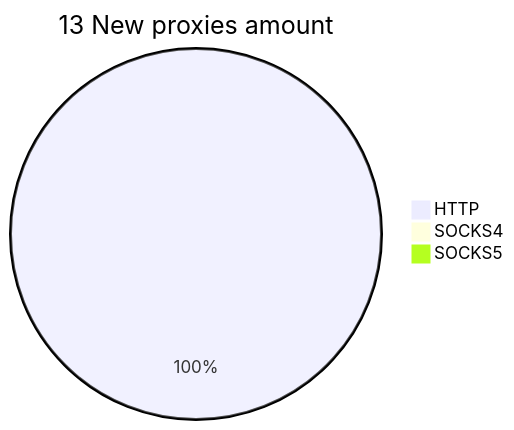
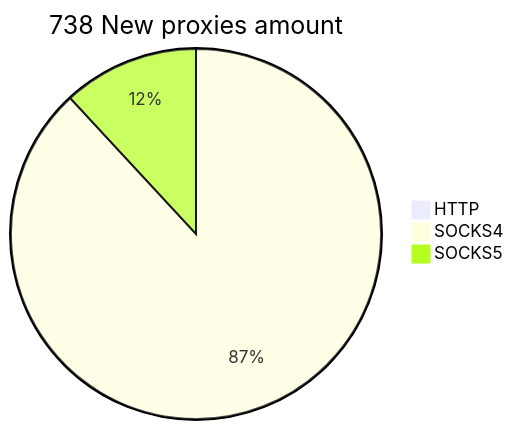
One commit to cutipu/proxylist changed the second of 2 diagrams in README.md. Above: the diagram before and after it, drawn with Mermaid. The commit also changed other lines of this file, not shown here.

````diff
--- a/README.md
+++ b/README.md
@@ -10,6 +10,6 @@
 ```mermaid
-pie title 13 New proxies amount
-    "HTTP" : 13
-    "SOCKS4" : 0
-    "SOCKS5" : 0
+pie title 738 New proxies amount
+    "HTTP" : 6
+    "SOCKS4" : 645
+    "SOCKS5" : 87
 ```
````
